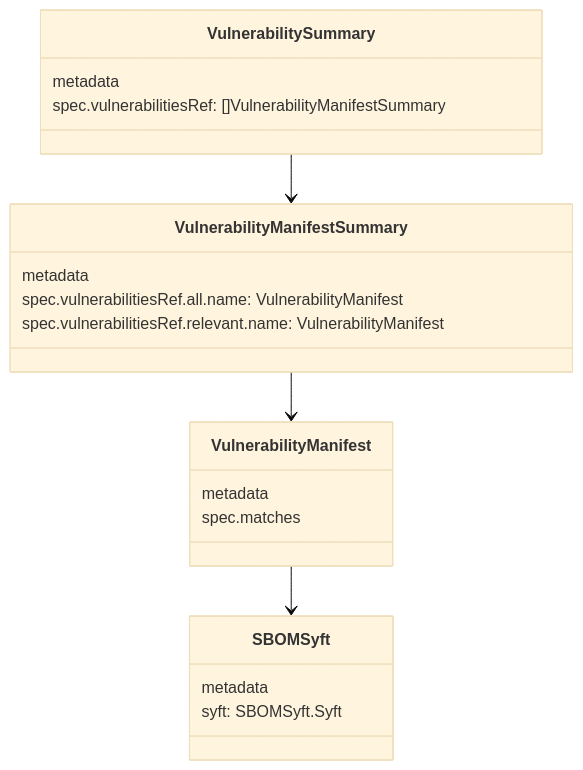
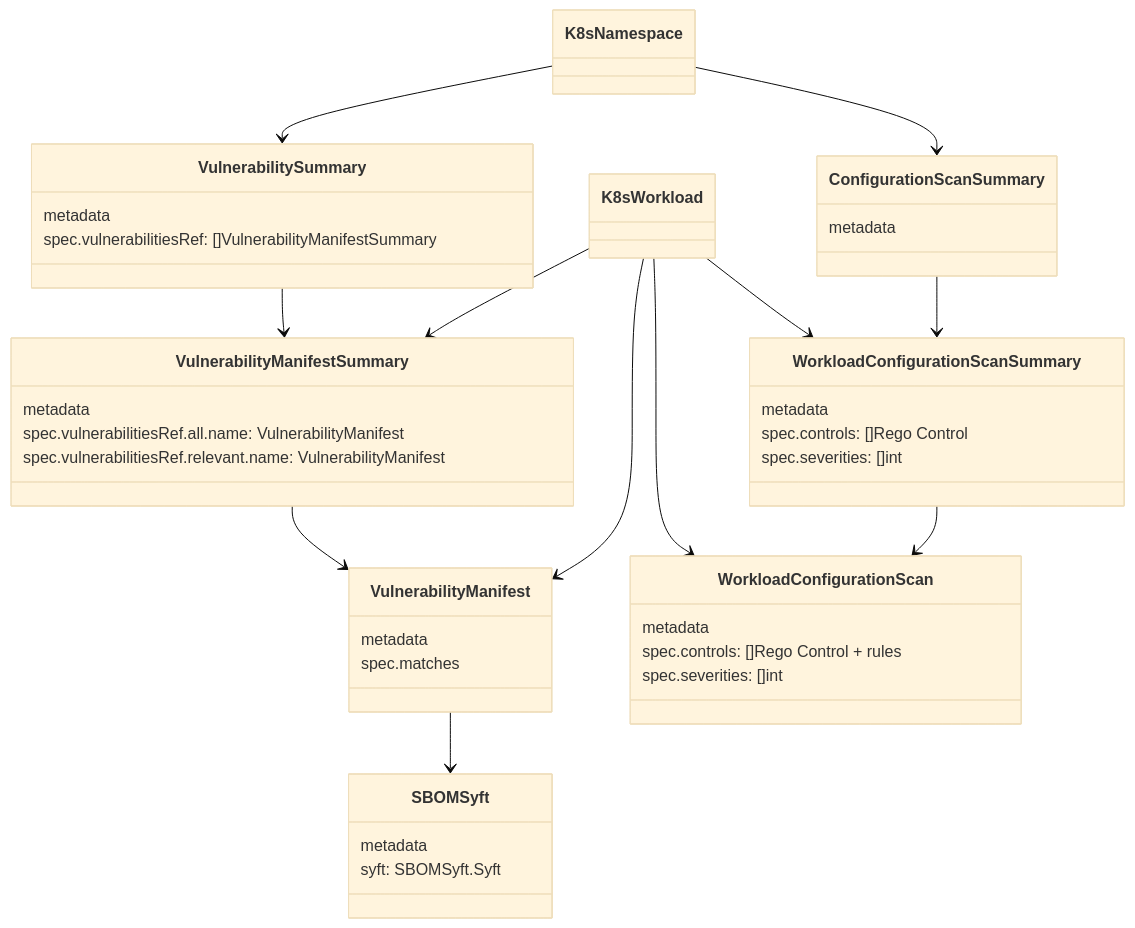
The diagram in docs/kubescape-model.md (kubebeam/kubescape-headlamp-plugin), drawn with Mermaid (base theme) before and after one commit.

````diff
--- a/docs/kubescape-model.md
+++ b/docs/kubescape-model.md
@@ -7,29 +5,56 @@
 ```mermaid
 
  classDiagram
 
     class VulnerabilityManifestSummary {
         metadata
         spec.vulnerabilitiesRef.all.name: VulnerabilityManifest
         spec.vulnerabilitiesRef.relevant.name: VulnerabilityManifest
     }
 
     class VulnerabilityManifest {
         metadata
         spec.matches
     }
 
     class VulnerabilitySummary {
         metadata
         spec.vulnerabilitiesRef: []VulnerabilityManifestSummary
     }
 
     class SBOMSyft {
         metadata
         syft: SBOMSyft.Syft
     }
 
     VulnerabilityManifestSummary --> VulnerabilityManifest
     VulnerabilitySummary --> VulnerabilityManifestSummary
     VulnerabilityManifest --> SBOMSyft
+
+    K8sNamespace --> VulnerabilitySummary
+    K8sWorkload --> VulnerabilityManifest
+    K8sWorkload --> VulnerabilityManifestSummary
+
+    class ConfigurationScanSummary {
+        metadata
+    }
+
+    class WorkloadConfigurationScan {
+        metadata
+        spec.controls: []Rego Control + rules
+        spec.severities: []int
+    }
+
+    class WorkloadConfigurationScanSummary {
+        metadata
+        spec.controls: []Rego Control
+        spec.severities: []int
+    }
+
+    K8sNamespace --> ConfigurationScanSummary
+    K8sWorkload --> WorkloadConfigurationScan
+    K8sWorkload --> WorkloadConfigurationScanSummary
+    ConfigurationScanSummary --> WorkloadConfigurationScanSummary
+    WorkloadConfigurationScanSummary --> WorkloadConfigurationScan
+
 ```
````
